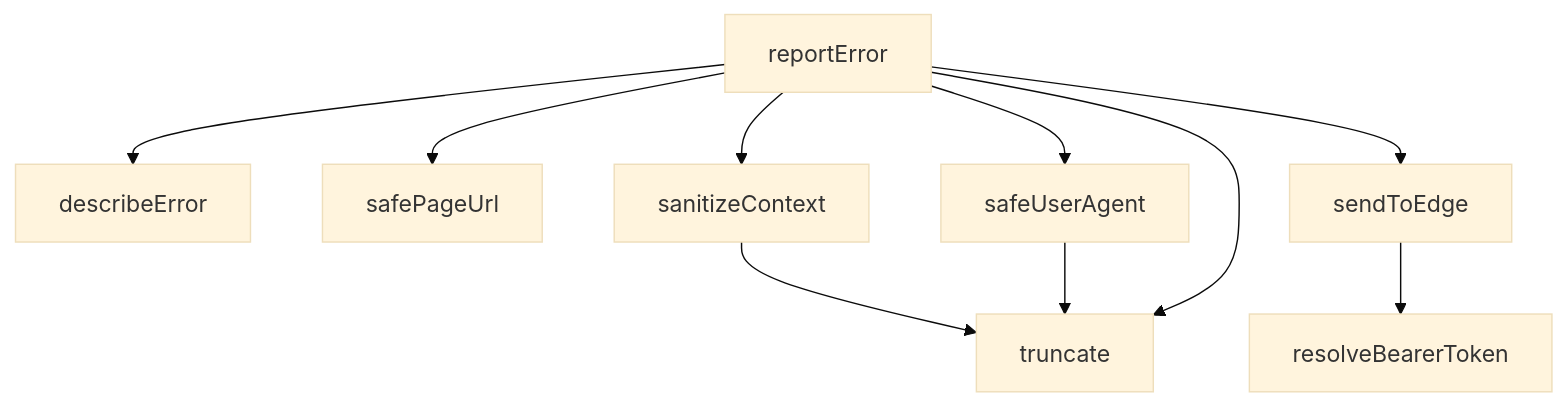
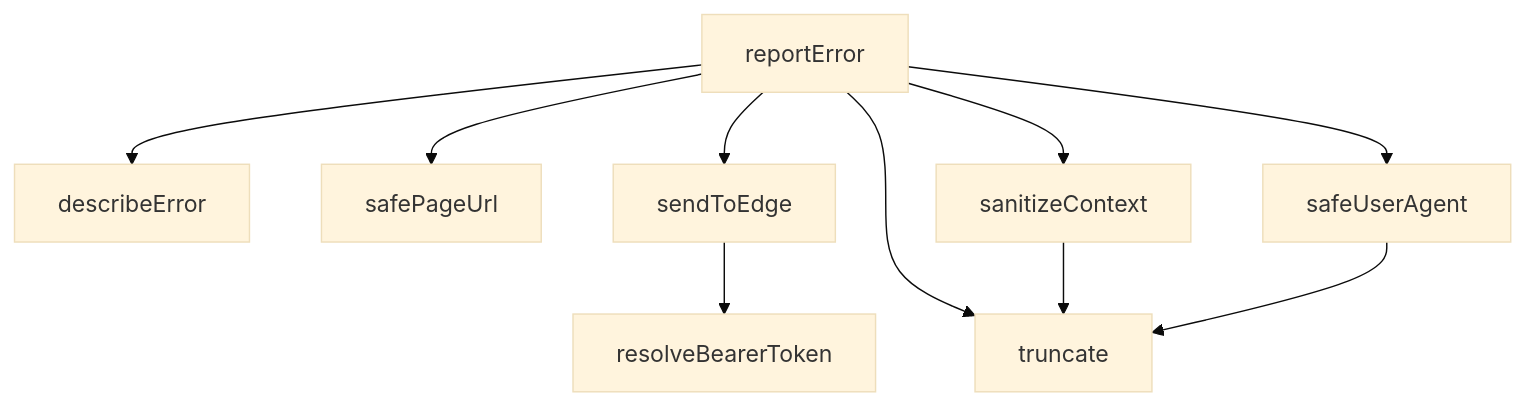
One commit to peckop/venthub-hvac-esite changed the diagram in src/lib/errorReporter.md. Above: the diagram before and after it, drawn with Mermaid (base theme). The commit also changed other lines of this file and 189 other files, not shown here.

````diff
--- a/src/lib/errorReporter.md
+++ b/src/lib/errorReporter.md
@@ -219,20 +182,20 @@
 ```mermaid
 graph TD
     errorReporter_ts__describeError["describeError"]
     errorReporter_ts__reportError["reportError"]
     errorReporter_ts__resolveBearerToken["resolveBearerToken"]
     errorReporter_ts__safePageUrl["safePageUrl"]
     errorReporter_ts__safeUserAgent["safeUserAgent"]
     errorReporter_ts__sanitizeContext["sanitizeContext"]
     errorReporter_ts__sendToEdge["sendToEdge"]
     errorReporter_ts__truncate["truncate"]
+    errorReporter_ts__reportError --> errorReporter_ts__sendToEdge
+    errorReporter_ts__reportError --> errorReporter_ts__safeUserAgent
     errorReporter_ts__reportError --> errorReporter_ts__sanitizeContext
+    errorReporter_ts__reportError --> errorReporter_ts__truncate
+    errorReporter_ts__sanitizeContext --> errorReporter_ts__truncate
     errorReporter_ts__sendToEdge --> errorReporter_ts__resolveBearerToken
-    errorReporter_ts__sanitizeContext --> errorReporter_ts__truncate
+    errorReporter_ts__safeUserAgent --> errorReporter_ts__truncate
+    errorReporter_ts__reportError --> errorReporter_ts__describeError
     errorReporter_ts__reportError --> errorReporter_ts__safePageUrl
-    errorReporter_ts__reportError --> errorReporter_ts__safeUserAgent
-    errorReporter_ts__safeUserAgent --> errorReporter_ts__truncate
-    errorReporter_ts__reportError --> errorReporter_ts__sendToEdge
-    errorReporter_ts__reportError --> errorReporter_ts__describeError
-    errorReporter_ts__reportError --> errorReporter_ts__truncate
 ```
````
